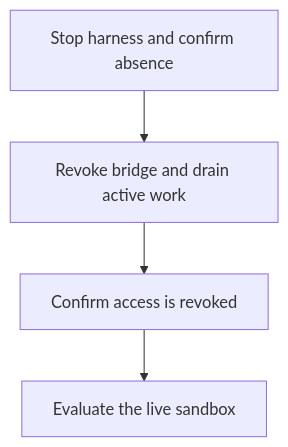
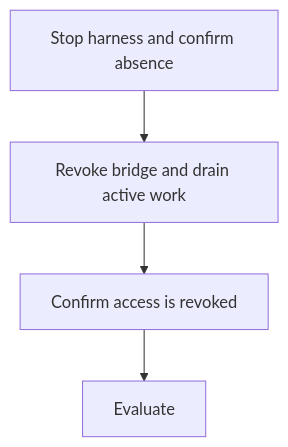
One commit to hyscale-lab/ARIES changed the diagram in docs/design/bridge.md. Above: the diagram before and after it, drawn with Mermaid. The commit also changed 39 other files, not shown here.

````diff
--- a/docs/design/bridge.md
+++ b/docs/design/bridge.md
@@ -33,8 +33,8 @@
 ```mermaid
 flowchart TB
     H[Stop harness and confirm absence]
     R[Revoke bridge and drain active work]
     P[Confirm access is revoked]
-    E[Evaluate the live sandbox]
+    E[Evaluate]
     H --> R --> P --> E
 ```
````
